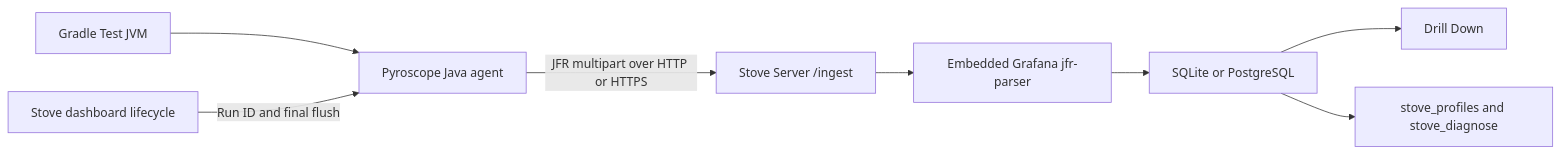
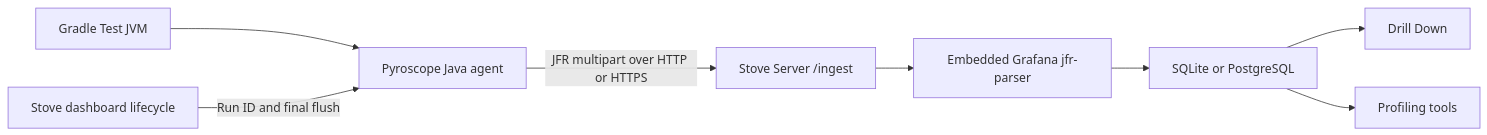
Before and after one commit to Trendyol/stove: the diagram in docs/observability/profiling.md, drawn with Mermaid. The commit also changed other lines of this file and 35 other files, not shown here.

````diff
--- a/docs/observability/profiling.md
+++ b/docs/observability/profiling.md
@@ -412,10 +422,10 @@
 ```mermaid
 flowchart LR
     Task[Gradle Test JVM] --> Agent[Pyroscope Java agent]
     Dashboard[Stove dashboard lifecycle] -->|Run ID and final flush| Agent
     Agent -->|JFR multipart over HTTP or HTTPS| Ingest[Stove Server /ingest]
     Ingest --> Parser[Embedded Grafana jfr-parser]
     Parser --> Store[SQLite or PostgreSQL]
     Store --> UI[Drill Down]
-    Store --> MCP[stove_profiles and stove_diagnose]
+    Store --> MCP[Profiling tools]
 ```
````
